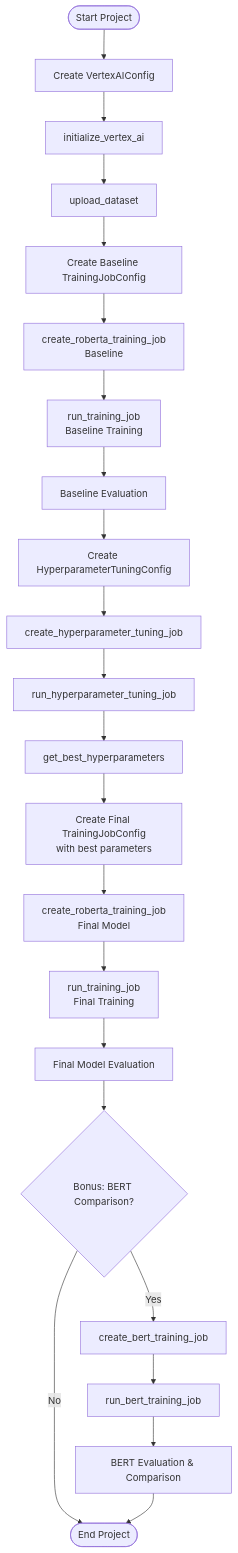
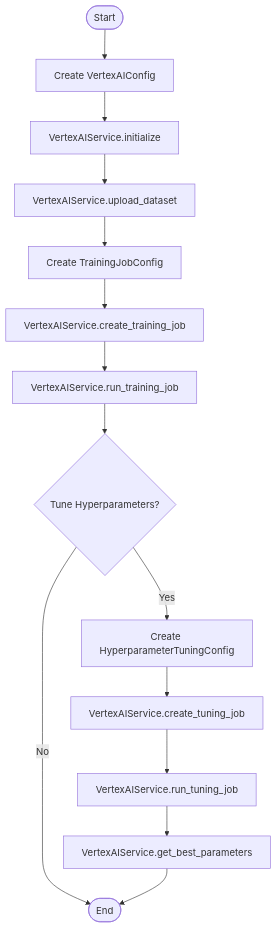
One commit to gpsaggese/gpsaggese.github.io changed the second of 2 diagrams in class_project/MSML610/Fall2025/Projects/UmdTask79_Fall2025_Vertex_AI_Sentiment_Analysis_on_Social_Media_Posts/vertex_ai.API.md. Above: the diagram before and after it, drawn with Mermaid. The commit also changed other lines of this file and 2 other files, not shown here.

````diff
--- a/class_project/MSML610/Fall2025/Projects/UmdTask79_Fall2025_Vertex_AI_Sentiment_Analysis_on_Social_Media_Posts/vertex_ai.API.md
+++ b/class_project/MSML610/Fall2025/Projects/UmdTask79_Fall2025_Vertex_AI_Sentiment_Analysis_on_Social_Media_Posts/vertex_ai.API.md
@@ -87,24 +81,16 @@
 ```mermaid
 flowchart TD
-    Start([Start Project]) --> A[Create VertexAIConfig]
-    A --> B[initialize_vertex_ai]
-    B --> C[upload_dataset]
-    C --> D[Create Baseline TrainingJobConfig]
-    D --> E[create_roberta_training_job<br/>Baseline]
-    E --> F[run_training_job<br/>Baseline Training]
-    F --> G[Baseline Evaluation]
-    G --> H[Create HyperparameterTuningConfig]
-    H --> I[create_hyperparameter_tuning_job]
-    I --> J[run_hyperparameter_tuning_job]
-    J --> K[get_best_hyperparameters]
-    K --> L[Create Final TrainingJobConfig<br/>with best parameters]
-    L --> M[create_roberta_training_job<br/>Final Model]
-    M --> N[run_training_job<br/>Final Training]
-    N --> O[Final Model Evaluation]
-    O --> P{Bonus: BERT Comparison?}
-    P -->|Yes| Q[create_bert_training_job]
-    P -->|No| R[End Project]
-    Q --> S[run_bert_training_job]
-    S --> T[BERT Evaluation & Comparison]
-    T --> R([End Project])
+    Start([Start]) --> A[Create VertexAIConfig]
+    A --> B[VertexAIService.initialize]
+    B --> C[VertexAIService.upload_dataset]
+    C --> D[Create TrainingJobConfig]
+    D --> E[VertexAIService.create_training_job]
+    E --> F[VertexAIService.run_training_job]
+    F --> G{Tune Hyperparameters?}
+    G -->|Yes| H[Create HyperparameterTuningConfig]
+    G -->|No| L[End]
+    H --> I[VertexAIService.create_tuning_job]
+    I --> J[VertexAIService.run_tuning_job]
+    J --> K[VertexAIService.get_best_parameters]
+    K --> L([End])
 ```
````
